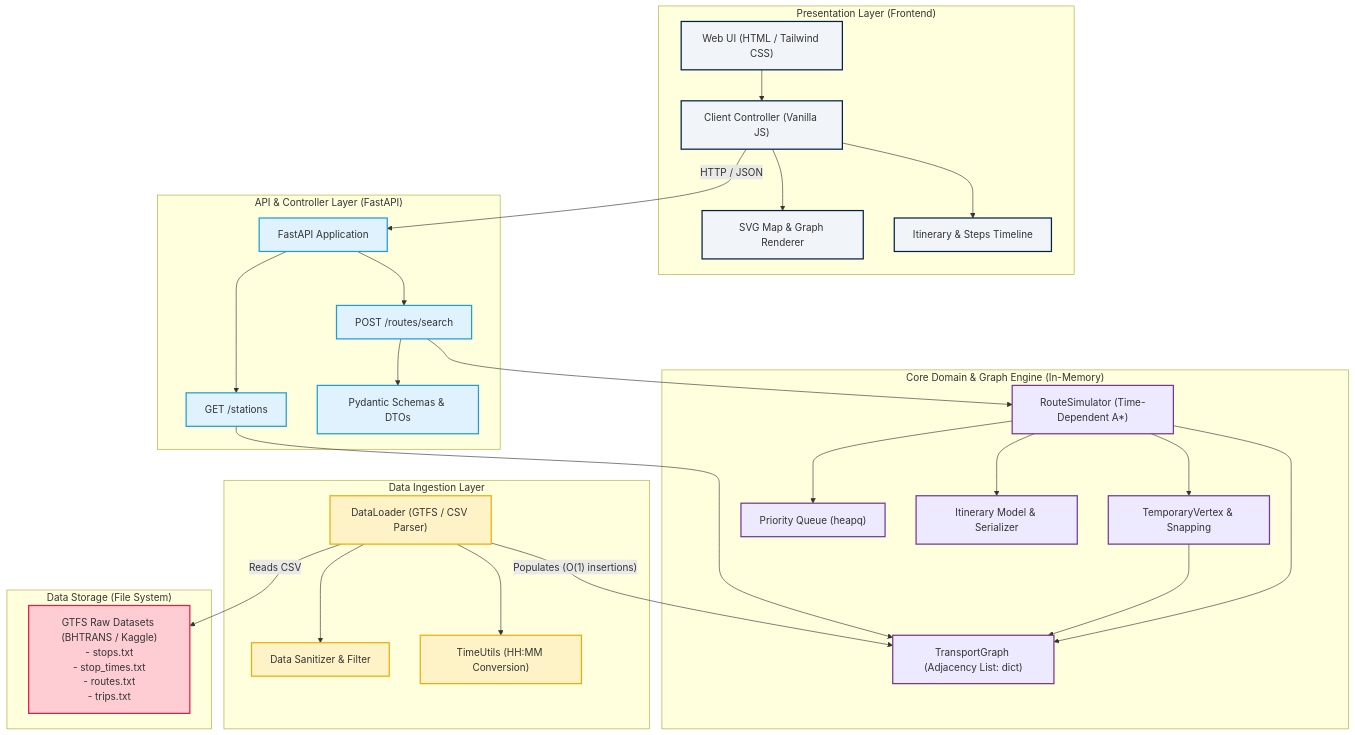
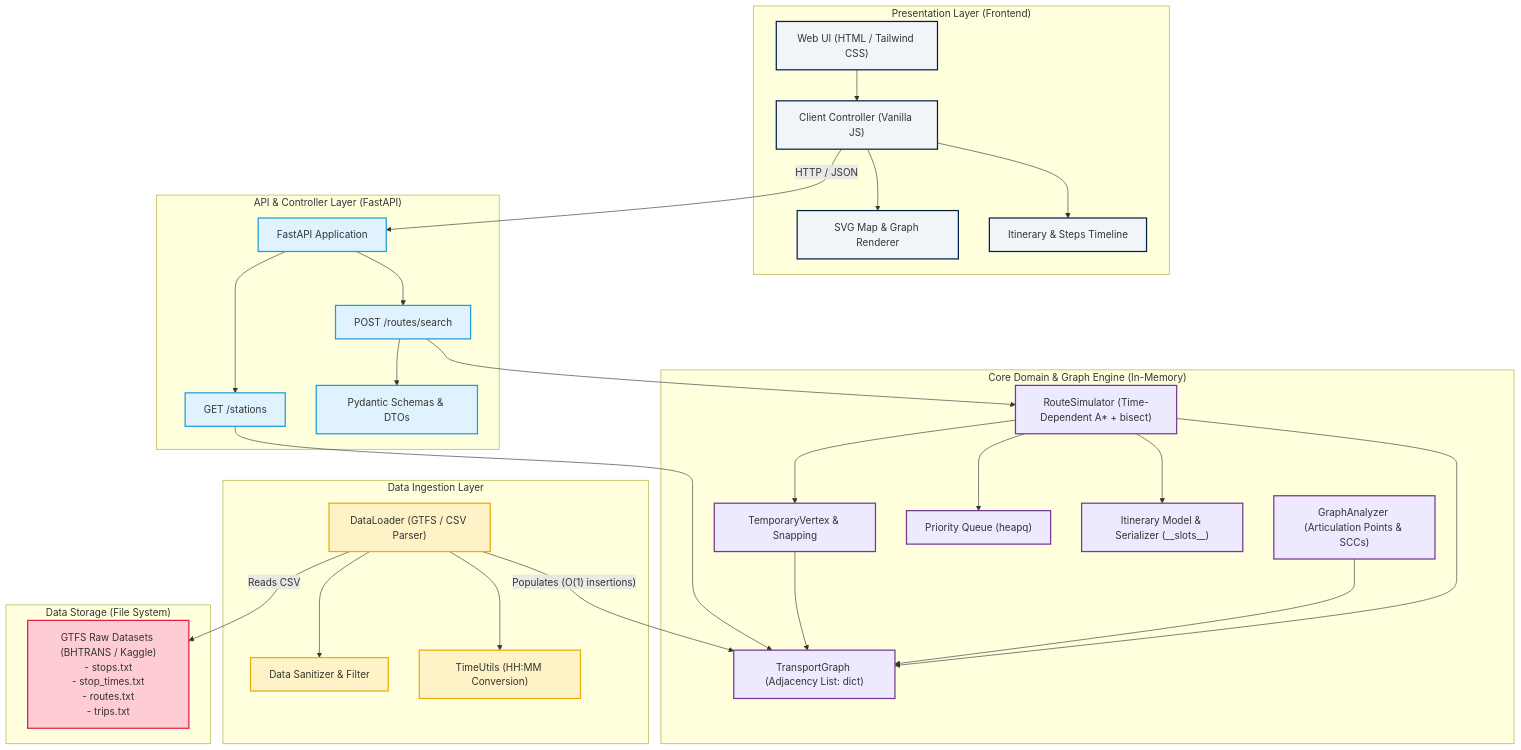
The diagram in Artefatos/Diagramas/diagrama-componentes.md (Luizfmaia10-dev/TP-Grafos), drawn with Mermaid before and after one commit. The commit also changed other lines of this file and 2 other files, not shown here.

Commit message:
docs: specify __slots__, bisect temporal lookup, and GraphAnalyzer in architecture docs

````diff
--- a/Artefatos/Diagramas/diagrama-componentes.md
+++ b/Artefatos/Diagramas/diagrama-componentes.md
@@ -5,71 +5,73 @@
 ```mermaid
 graph TD
     subgraph PresentationLayer["Presentation Layer (Frontend)"]
         UI["Web UI (HTML / Tailwind CSS)"]
         SVGMap["SVG Map & Graph Renderer"]
         Timeline["Itinerary & Steps Timeline"]
         ControllerJS["Client Controller (Vanilla JS)"]
         
         UI --> ControllerJS
         ControllerJS --> SVGMap
         ControllerJS --> Timeline
     end
 
     subgraph APILayer["API & Controller Layer (FastAPI)"]
         FastAPIServer["FastAPI Application"]
         StationsEndpoint["GET /stations"]
         RouteSearchEndpoint["POST /routes/search"]
         SchemaValidator["Pydantic Schemas & DTOs"]
 
         FastAPIServer --> StationsEndpoint
         FastAPIServer --> RouteSearchEndpoint
         RouteSearchEndpoint --> SchemaValidator
     end
 
     subgraph CoreEngineLayer["Core Domain & Graph Engine (In-Memory)"]
-        RouteSimulator["RouteSimulator (Time-Dependent A*)"]
+        RouteSimulator["RouteSimulator (Time-Dependent A* + bisect)"]
         TransportGraph["TransportGraph (Adjacency List: dict)"]
+        GraphAnalyzer["GraphAnalyzer (Articulation Points & SCCs)"]
         TemporaryVertexHandler["TemporaryVertex & Snapping"]
         PriorityQueue["Priority Queue (heapq)"]
-        ItineraryModel["Itinerary Model & Serializer"]
+        ItineraryModel["Itinerary Model & Serializer (__slots__)"]
 
         RouteSimulator --> TransportGraph
         RouteSimulator --> PriorityQueue
         RouteSimulator --> TemporaryVertexHandler
         RouteSimulator --> ItineraryModel
+        GraphAnalyzer --> TransportGraph
         TemporaryVertexHandler --> TransportGraph
     end
 
     subgraph IngestionLayer["Data Ingestion Layer"]
         DataLoader["DataLoader (GTFS / CSV Parser)"]
         Sanitizer["Data Sanitizer & Filter"]
         TimeUtils["TimeUtils (HH:MM Conversion)"]
 
         DataLoader --> Sanitizer
         DataLoader --> TimeUtils
     end
 
     subgraph StorageLayer["Data Storage (File System)"]
         GTFSFiles["GTFS Raw Datasets (BHTRANS / Kaggle)\n- stops.txt\n- stop_times.txt\n- routes.txt\n- trips.txt"]
     end
 
     %% Cross-layer interactions
     ControllerJS -- "HTTP / JSON" --> FastAPIServer
     RouteSearchEndpoint --> RouteSimulator
     StationsEndpoint --> TransportGraph
     DataLoader -- "Populates (O(1) insertions)" --> TransportGraph
     DataLoader -- "Reads CSV" --> GTFSFiles
 
     %% Styling
     classDef presentation fill:#f1f5f9,stroke:#032147,stroke-width:2px;
     classDef api fill:#e0f2fe,stroke:#209dd7,stroke-width:2px;
     classDef core fill:#ede9fe,stroke:#753991,stroke-width:2px;
     classDef ingestion fill:#fef3c7,stroke:#ecad0a,stroke-width:2px;
     classDef storage fill:#fecdd3,stroke:#e11d48,stroke-width:2px;
 
     class UI,SVGMap,Timeline,ControllerJS presentation;
     class FastAPIServer,StationsEndpoint,RouteSearchEndpoint,SchemaValidator api;
-    class RouteSimulator,TransportGraph,TemporaryVertexHandler,PriorityQueue,ItineraryModel core;
+    class RouteSimulator,TransportGraph,GraphAnalyzer,TemporaryVertexHandler,PriorityQueue,ItineraryModel core;
     class DataLoader,Sanitizer,TimeUtils ingestion;
     class GTFSFiles storage;
 ```
````
